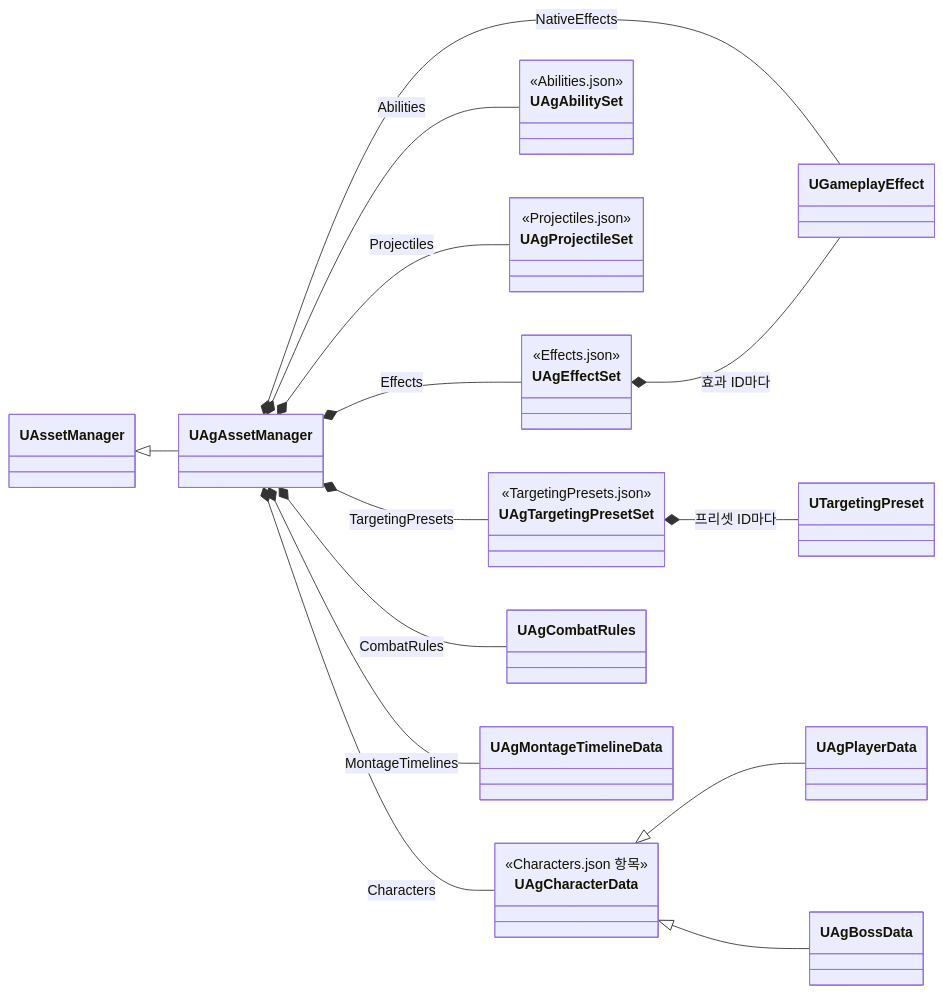
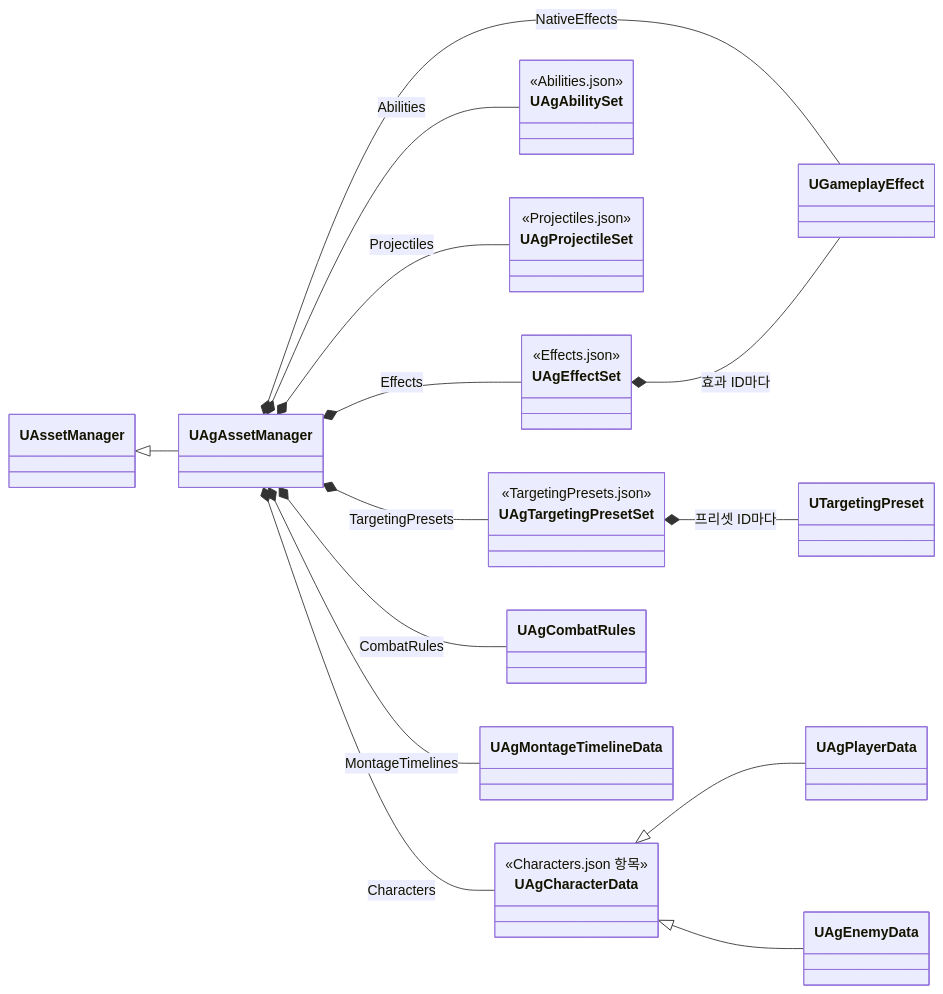
One commit to Woogl/Ag changed the second of 2 diagrams in Docs/Architecture/데이터 로딩과 스키마.md. Above: the diagram before and after it, drawn with Mermaid. The commit also changed other lines of this file and 23 other files, not shown here.

````diff
--- a/Docs/Architecture/데이터 로딩과 스키마.md
+++ b/Docs/Architecture/데이터 로딩과 스키마.md
@@ -170,32 +170,32 @@
 ```mermaid
 classDiagram
     direction LR
     class UAgEffectSet {
         <<Effects.json>>
     }
     class UAgAbilitySet {
         <<Abilities.json>>
     }
     class UAgProjectileSet {
         <<Projectiles.json>>
     }
     class UAgTargetingPresetSet {
         <<TargetingPresets.json>>
     }
     class UAgCharacterData {
         <<Characters.json 항목>>
     }
     UAssetManager <|-- UAgAssetManager
     UAgAssetManager *-- UAgCombatRules : CombatRules
     UAgAssetManager *-- UAgEffectSet : Effects
     UAgAssetManager *-- UGameplayEffect : NativeEffects
     UAgAssetManager *-- UAgProjectileSet : Projectiles
     UAgAssetManager *-- UAgMontageTimelineData : MontageTimelines
     UAgAssetManager *-- UAgTargetingPresetSet : TargetingPresets
     UAgAssetManager *-- UAgAbilitySet : Abilities
     UAgAssetManager *-- UAgCharacterData : Characters
     UAgEffectSet *-- UGameplayEffect : 효과 ID마다
     UAgTargetingPresetSet *-- UTargetingPreset : 프리셋 ID마다
     UAgCharacterData <|-- UAgPlayerData
-    UAgCharacterData <|-- UAgBossData
+    UAgCharacterData <|-- UAgEnemyData
 ```
````
